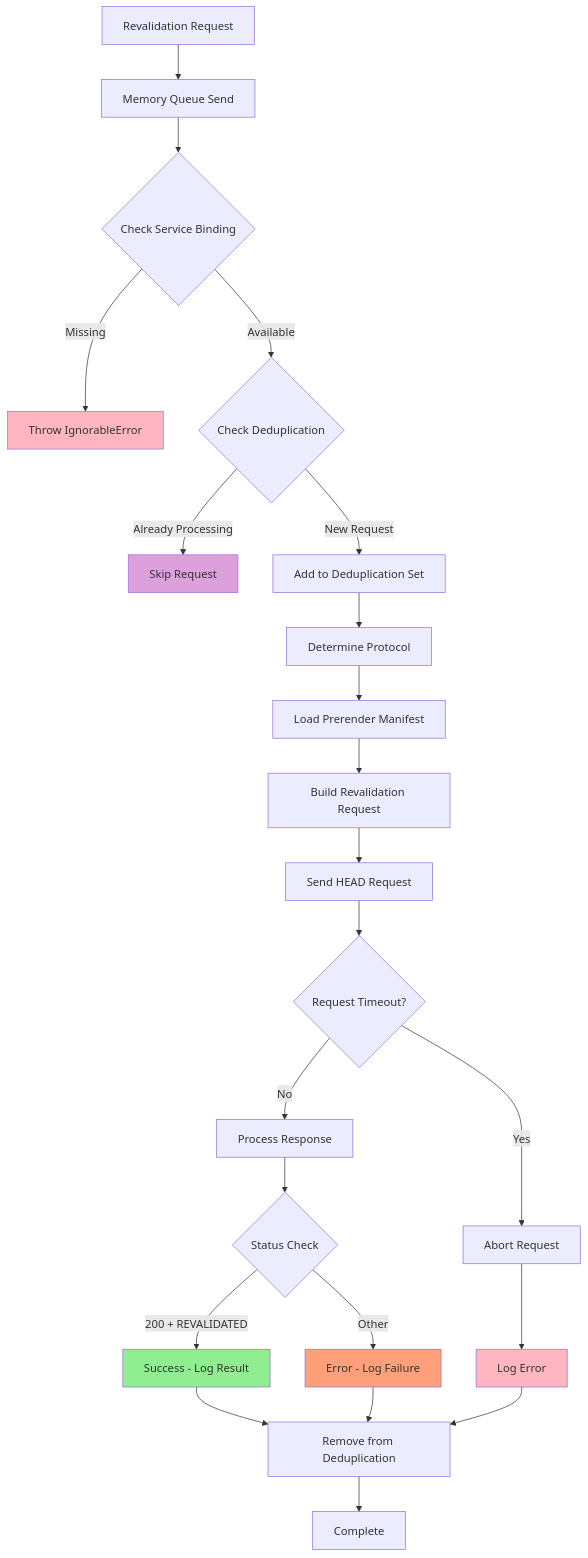
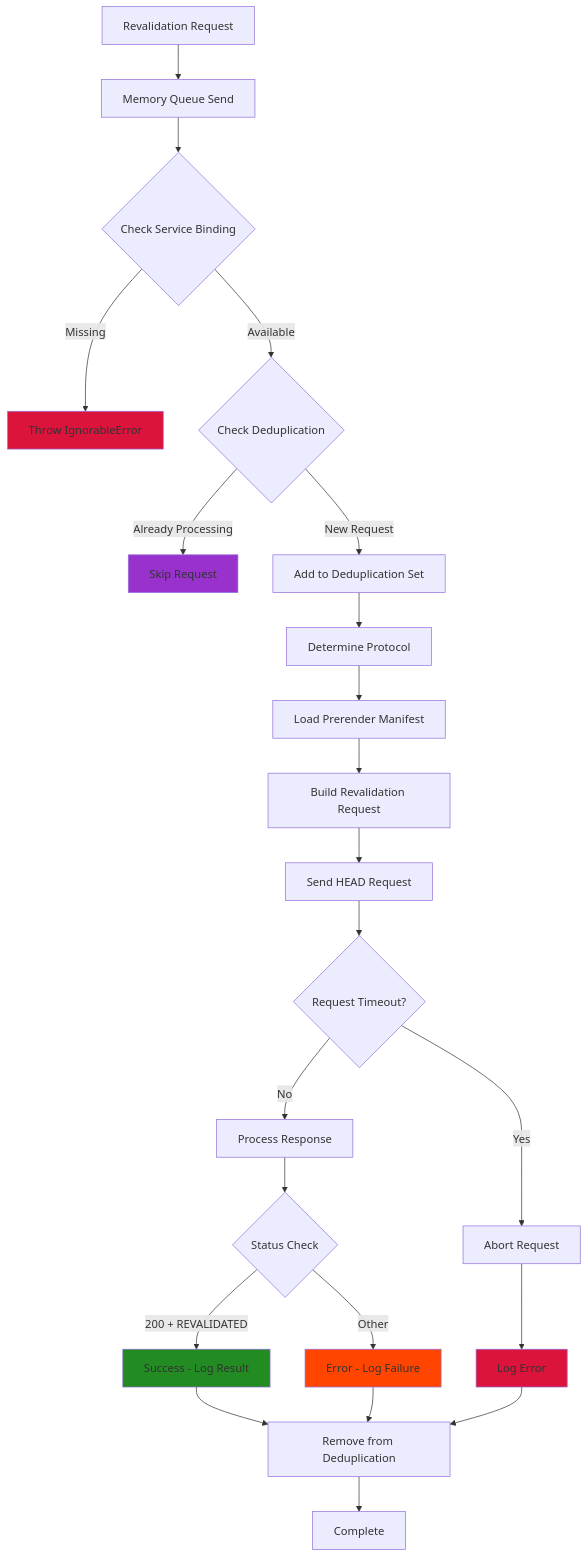
Before and after one commit to aziontech/opennextjs-azion: the diagram in docs/memory-queue.md, drawn with Mermaid. The commit also changed 2 other files, not shown here.

Commit message:
style: update Mermaid diagram colors to use hex codes with higher contrast

````diff
--- a/docs/memory-queue.md
+++ b/docs/memory-queue.md
@@ -35,35 +35,35 @@
 ```mermaid
 graph TD
     A[Revalidation Request] --> B[Memory Queue Send]
     B --> C{Check Service Binding}
     C -->|Missing| D[Throw IgnorableError]
     C -->|Available| E{Check Deduplication}
 
     E -->|Already Processing| F[Skip Request]
     E -->|New Request| G[Add to Deduplication Set]
 
     G --> H[Determine Protocol]
     H --> I[Load Prerender Manifest]
     I --> J[Build Revalidation Request]
 
     J --> K[Send HEAD Request]
     K --> L{Request Timeout?}
     L -->|Yes| M[Abort Request]
     L -->|No| N[Process Response]
 
     N --> O{Status Check}
     O -->|200 + REVALIDATED| P[Success - Log Result]
     O -->|Other| Q[Error - Log Failure]
 
     M --> R[Log Error]
     P --> S[Remove from Deduplication]
     Q --> S
     R --> S
     S --> T[Complete]
 
-    style D fill:#FFB6C1
-    style F fill:#DDA0DD
-    style P fill:#90EE90
-    style Q fill:#FFA07A
-    style R fill:#FFB6C1
+    style D fill:#DC143C
+    style F fill:#9932CC
+    style P fill:#228B22
+    style Q fill:#FF4500
+    style R fill:#DC143C
 ```
````
